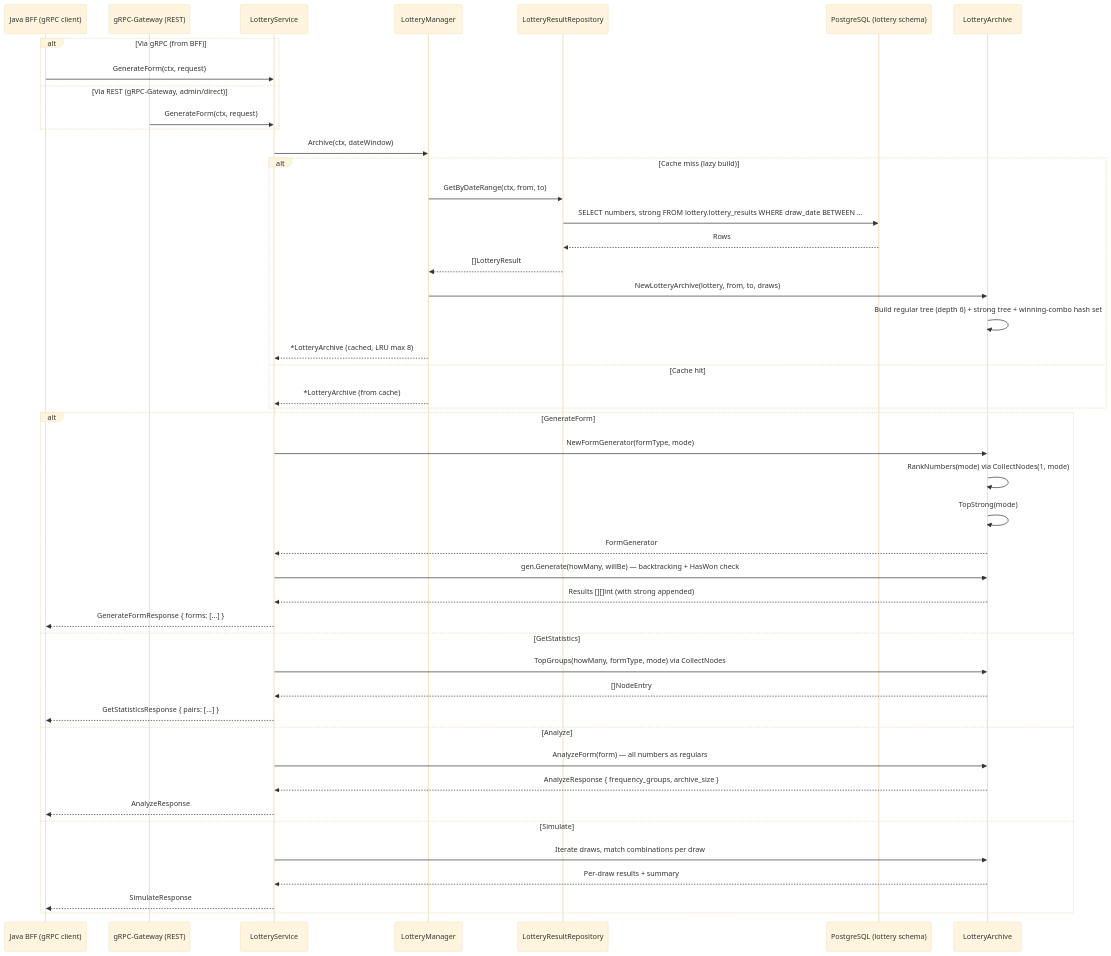
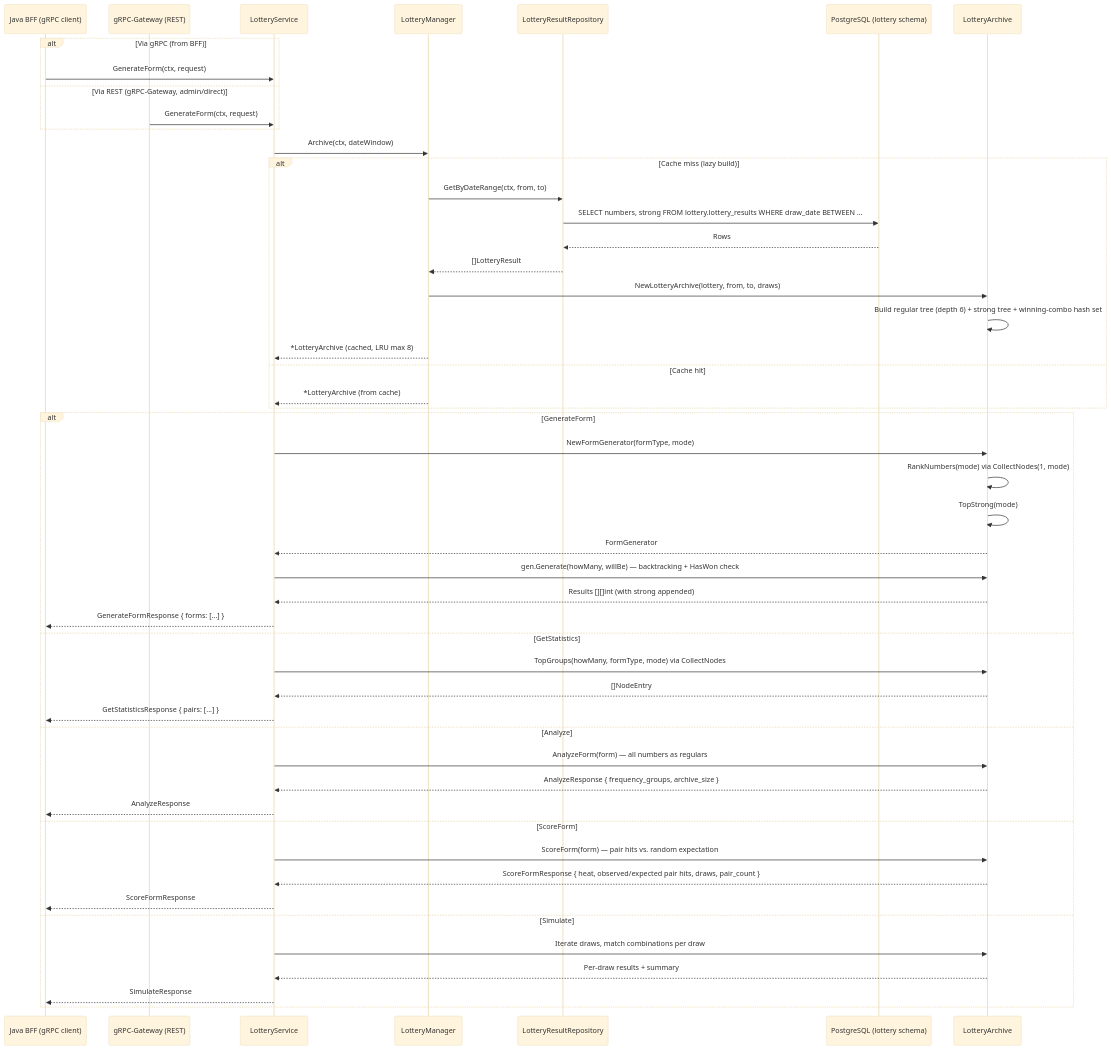
Before and after one commit to lihai1/stat-tree-server: the first of 9 diagrams in docs/FLOWS.md, drawn with Mermaid (base theme). The commit also changed 4 other files, not shown here.

First line of the commit message:
docs: document ScoreForm scoring, combos semantics, how_many validation

````diff
--- a/docs/FLOWS.md
+++ b/docs/FLOWS.md
@@ -9,51 +9,55 @@
 ```mermaid
 sequenceDiagram
     participant BFF as Java BFF (gRPC client)
     participant GW as gRPC-Gateway (REST)
     participant SVC as LotteryService
     participant MGR as LotteryManager
     participant REPO as LotteryResultRepository
     participant DB as PostgreSQL (lottery schema)
     participant ARCH as LotteryArchive
 
     alt Via gRPC (from BFF)
         BFF->>SVC: GenerateForm(ctx, request)
     else Via REST (gRPC-Gateway, admin/direct)
         GW->>SVC: GenerateForm(ctx, request)
     end
 
     SVC->>MGR: Archive(ctx, dateWindow)
     alt Cache miss (lazy build)
         MGR->>REPO: GetByDateRange(ctx, from, to)
         REPO->>DB: SELECT numbers, strong FROM lottery.lottery_results WHERE draw_date BETWEEN ...
         DB-->>REPO: Rows
         REPO-->>MGR: []LotteryResult
         MGR->>ARCH: NewLotteryArchive(lottery, from, to, draws)
         ARCH->>ARCH: Build regular tree (depth 6) + strong tree + winning-combo hash set
         MGR-->>SVC: *LotteryArchive (cached, LRU max 8)
     else Cache hit
         MGR-->>SVC: *LotteryArchive (from cache)
     end
 
     alt GenerateForm
         SVC->>ARCH: NewFormGenerator(formType, mode)
         ARCH->>ARCH: RankNumbers(mode) via CollectNodes(1, mode)
         ARCH->>ARCH: TopStrong(mode)
         ARCH-->>SVC: FormGenerator
         SVC->>ARCH: gen.Generate(howMany, willBe) — backtracking + HasWon check
         ARCH-->>SVC: Results [][]int (with strong appended)
         SVC-->>BFF: GenerateFormResponse { forms: [...] }
     else GetStatistics
         SVC->>ARCH: TopGroups(howMany, formType, mode) via CollectNodes
         ARCH-->>SVC: []NodeEntry
         SVC-->>BFF: GetStatisticsResponse { pairs: [...] }
     else Analyze
         SVC->>ARCH: AnalyzeForm(form) — all numbers as regulars
         ARCH-->>SVC: AnalyzeResponse { frequency_groups, archive_size }
         SVC-->>BFF: AnalyzeResponse
+    else ScoreForm
+        SVC->>ARCH: ScoreForm(form) — pair hits vs. random expectation
+        ARCH-->>SVC: ScoreFormResponse { heat, observed/expected pair hits, draws, pair_count }
+        SVC-->>BFF: ScoreFormResponse
     else Simulate
         SVC->>ARCH: Iterate draws, match combinations per draw
         ARCH-->>SVC: Per-draw results + summary
         SVC-->>BFF: SimulateResponse
     end
 ```
````
